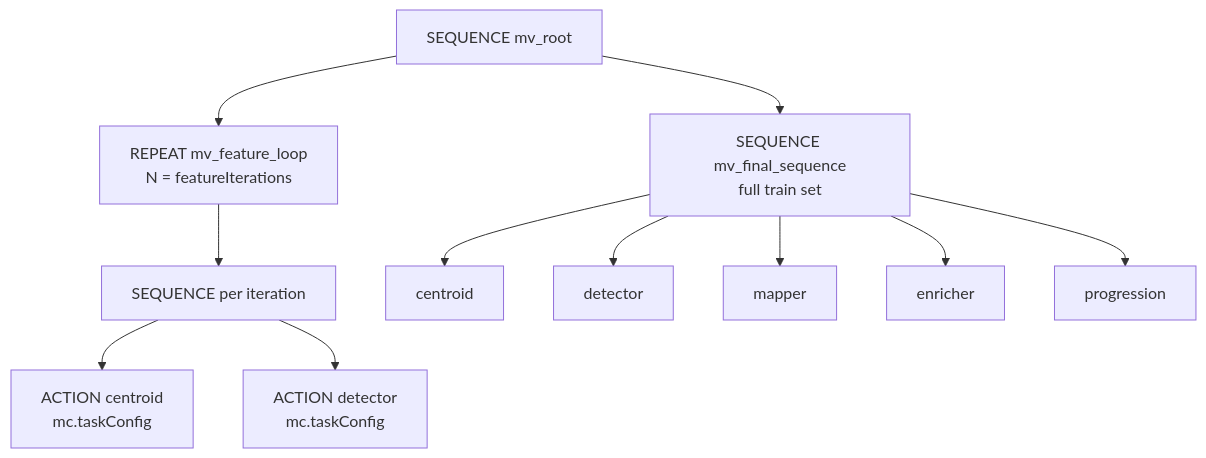
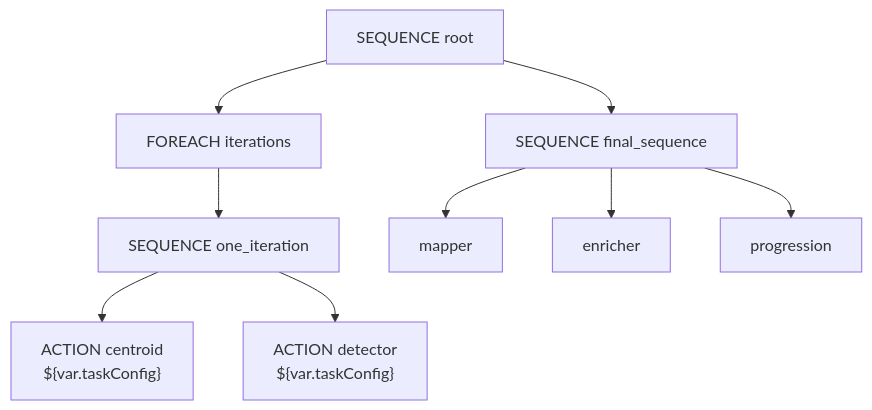
Before and after one commit to Goliath-Research/GoliathWorkflow: the ninth of 12 diagrams in workflow_engine/docs/pipeline_architecture.md, drawn with Mermaid. The commit also changed other lines of this file and 37 other files, not shown here.

````diff
--- a/workflow_engine/docs/pipeline_architecture.md
+++ b/workflow_engine/docs/pipeline_architecture.md
@@ -561,14 +545,12 @@
 ```mermaid
 flowchart TD
-  root["SEQUENCE mv_root"]
-  root --> feat["REPEAT mv_feature_loop\nN = featureIterations"]
-  root --> fin["SEQUENCE mv_final_sequence\nfull train set"]
-  feat --> fseq["SEQUENCE per iteration"]
-  fseq --> fc["ACTION centroid\nmc.taskConfig"]
-  fseq --> fd["ACTION detector\nmc.taskConfig"]
-  fin --> fc2["centroid"]
-  fin --> fd2["detector"]
+  root["SEQUENCE root"]
+  root --> fe["FOREACH iterations"]
+  root --> fin["SEQUENCE final_sequence"]
+  fe --> seq["SEQUENCE one_iteration"]
+  seq --> fc["ACTION centroid\n${var.taskConfig}"]
+  seq --> fd["ACTION detector\n${var.taskConfig}"]
   fin --> map["mapper"]
   fin --> enr["enricher"]
   fin --> prog["progression"]
 ```
````
